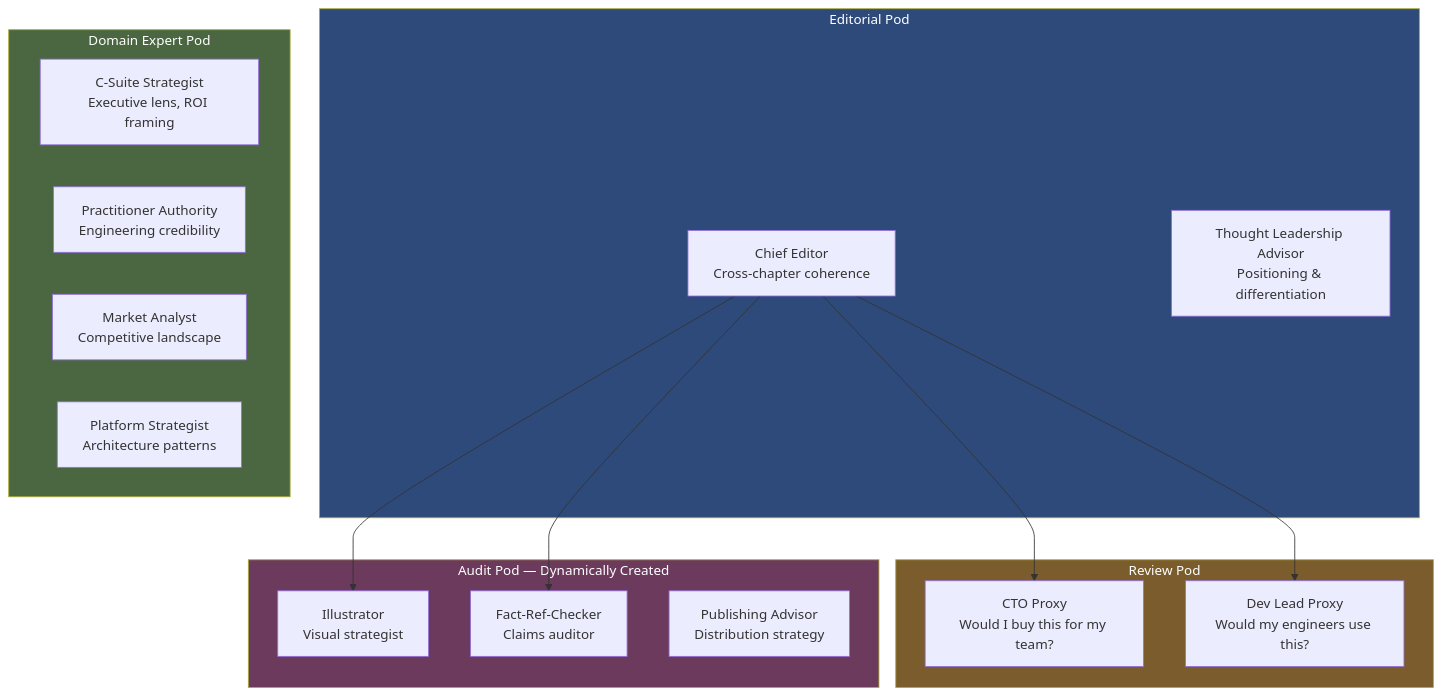
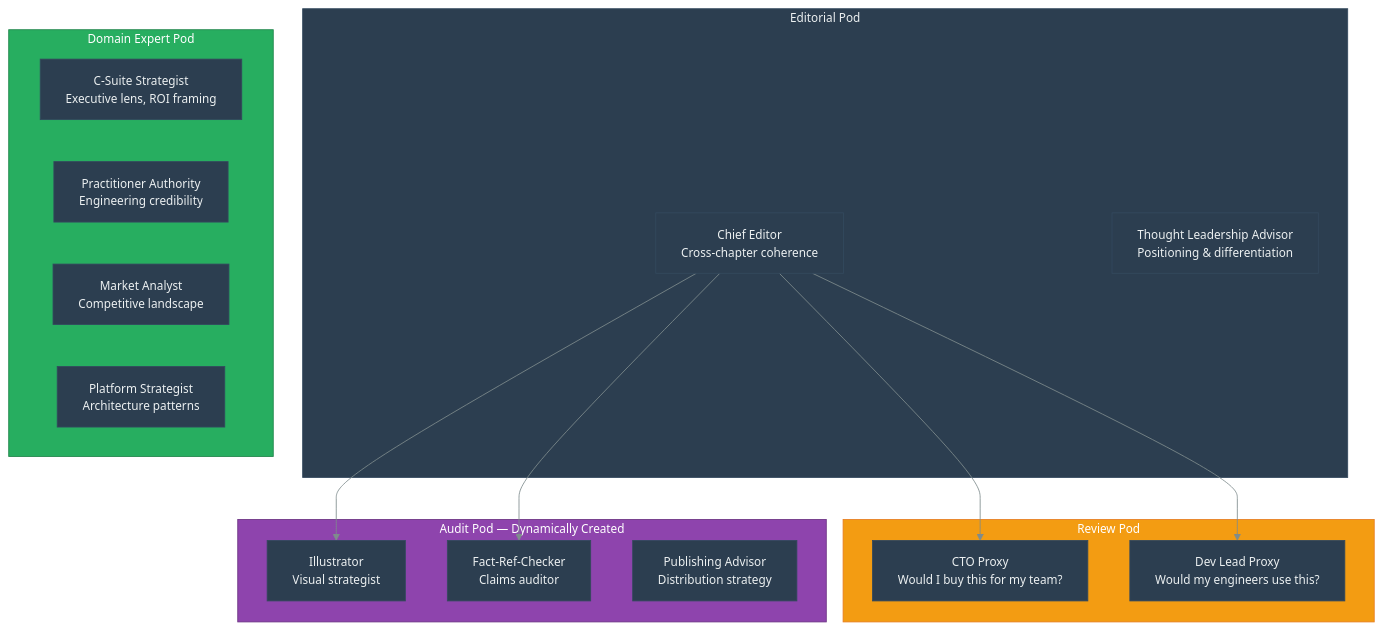
Before and after one commit to danielmeppiel/agentic-sdlc-handbook: the first of 4 diagrams in case-study-handbook-writing.qmd, drawn with Mermaid. The commit also changed other lines of this file and 20 other files, not shown here.

First line of the commit message:
feat: add accessibility metadata and consistent theme to all 35 diagrams

````diff
--- a/case-study-handbook-writing.qmd
+++ b/case-study-handbook-writing.qmd
@@ -32,36 +32,40 @@
 ```{mermaid}
 %%| fig-width: 4.5
+%%| fig-cap: "Agent team topology: 11 personas organized in four pods"
+%%| fig-alt: "Diagram showing four pods. The Editorial Pod contains Chief Editor (cross-chapter coherence) and Thought Leadership Advisor (positioning and differentiation). The Domain Expert Pod contains C-Suite Strategist (executive lens, ROI framing), Practitioner Authority (engineering credibility), Market Analyst (competitive landscape), and Platform Strategist (architecture patterns). The Review Pod contains CTO Proxy (would I buy this for my team?) and Dev Lead Proxy (would my engineers use this?). The Audit Pod, dynamically created, contains Illustrator (visual strategist), Fact-Ref-Checker (claims auditor), and Publishing Advisor (distribution strategy). Chief Editor connects to CTO Proxy, Dev Lead Proxy, Illustrator, and Fact-Ref-Checker."
+%%| label: fig-cs-team-topology
+%%{init: {'theme': 'base', 'themeVariables': {'primaryColor': '#2c3e50', 'primaryTextColor': '#ecf0f1', 'primaryBorderColor': '#34495e', 'lineColor': '#7f8c8d', 'secondaryColor': '#3498db', 'tertiaryColor': '#ecf0f1', 'fontSize': '14px'}}}%%
 graph TB
     subgraph Editorial["Editorial Pod"]
         CE[Chief Editor<br/>Cross-chapter coherence]
         TLA[Thought Leadership Advisor<br/>Positioning & differentiation]
     end
 
     subgraph Domain["Domain Expert Pod"]
         CS[C-Suite Strategist<br/>Executive lens, ROI framing]
         PA[Practitioner Authority<br/>Engineering credibility]
         MA[Market Analyst<br/>Competitive landscape]
         PS[Platform Strategist<br/>Architecture patterns]
     end
 
     subgraph Review["Review Pod"]
         CTO[CTO Proxy<br/>Would I buy this for my team?]
         DL[Dev Lead Proxy<br/>Would my engineers use this?]
     end
 
     subgraph Audit["Audit Pod — Dynamically Created"]
         IL[Illustrator<br/>Visual strategist]
         FC[Fact-Ref-Checker<br/>Claims auditor]
         PB[Publishing Advisor<br/>Distribution strategy]
     end
 
     CE --> CTO
     CE --> DL
     CE --> IL
     CE --> FC
 
-    style Editorial fill:#2d4a7a,color:#fff
-    style Domain fill:#4a6741,color:#fff
-    style Review fill:#7a5c2d,color:#fff
-    style Audit fill:#6b3a5c,color:#fff
+    style Editorial fill:#2c3e50,stroke:#34495e,color:#ecf0f1
+    style Domain fill:#27ae60,stroke:#1e8449,color:#fff
+    style Review fill:#f39c12,stroke:#e67e22,color:#fff
+    style Audit fill:#8e44ad,stroke:#6c3483,color:#fff
 ```
````
